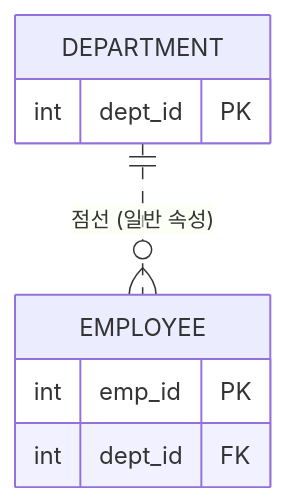
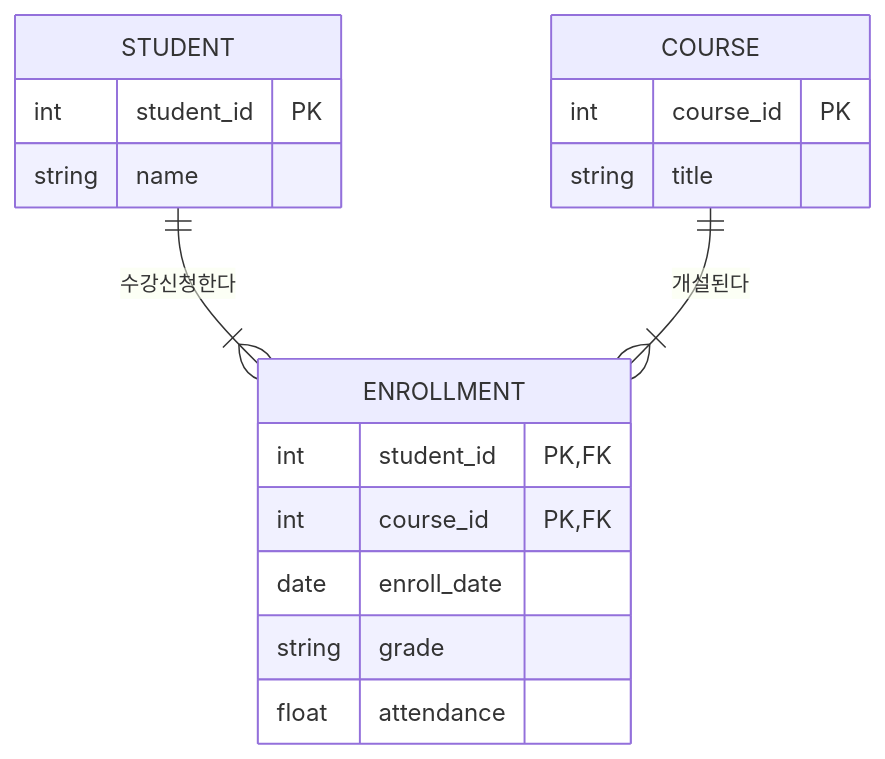
Before and after one commit to hgim96715-lgtm/gong_home: the sixth of 6 diagrams in 20_Wiki/21_Languages/SQL/SQL_ERD_Components.md, drawn with Mermaid. The commit also changed other lines of this file and 20 other files, not shown here.

````diff
--- a/20_Wiki/21_Languages/SQL/SQL_ERD_Components.md
+++ b/20_Wiki/21_Languages/SQL/SQL_ERD_Components.md
@@ -191,11 +466,20 @@
 ```mermaid
 erDiagram
-    DEPARTMENT {
-        int dept_id PK
+    STUDENT {
+        int student_id PK
+        string name
     }
-    EMPLOYEE {
-        int emp_id PK
-        int dept_id FK
+    COURSE {
+        int course_id PK
+        string title
     }
-    DEPARTMENT ||..o{ EMPLOYEE : "점선 (일반 속성)"
+    ENROLLMENT {
+        int student_id PK,FK
+        int course_id PK,FK
+        date enroll_date
+        string grade
+        float attendance
+    }
+    STUDENT ||--|{ ENROLLMENT : "수강신청한다"
+    COURSE  ||--|{ ENROLLMENT : "개설된다"
 ```
````
